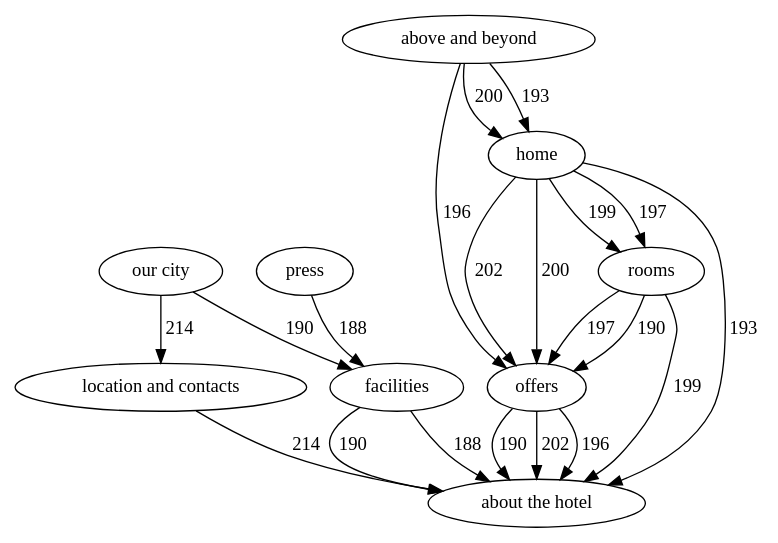
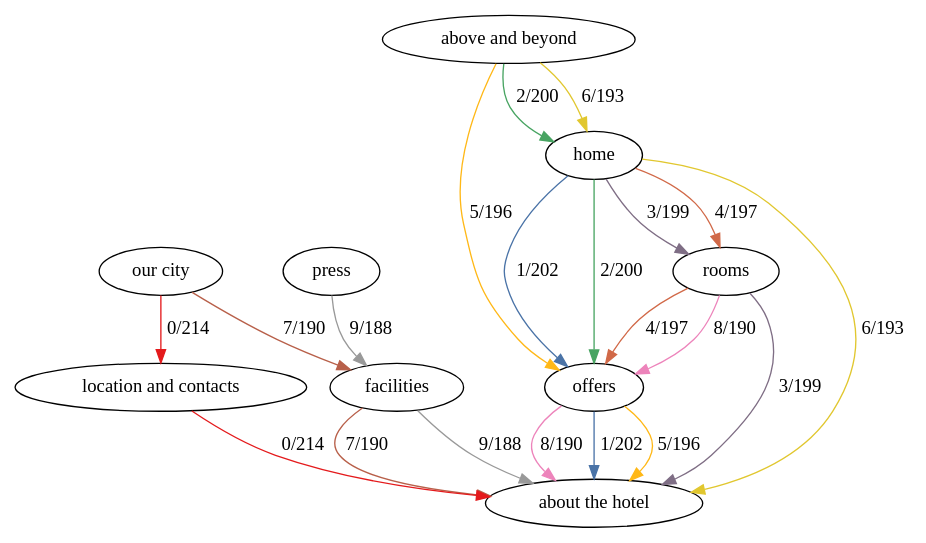
One commit to alexcu/sit742-a2-report changed the diagram in dot/bots_requests.dot. Above: the diagram before and after it, drawn with Graphviz. The commit also changed 32 other files, not shown here.

Commit message:
Update dot graphs for latest coloring

```diff
--- a/dot/bots_requests.dot
+++ b/dot/bots_requests.dot
@@ -1,32 +1,32 @@
 digraph "" {
 layout="dot";
 "about the hotel";
 "our city";
 facilities;
 offers;
 rooms;
 "above and beyond";
 press;
 home;
 "location and contacts";
-"our city" -> facilities  [key=0, label=190, weight=190];
-"our city" -> "location and contacts"  [key=0, label=214, weight=214];
-facilities -> "about the hotel"  [key=0, label=190, weight=190];
-facilities -> "about the hotel"  [key=1, label=188, weight=188];
-offers -> "about the hotel"  [key=0, label=202, weight=202];
-offers -> "about the hotel"  [key=1, label=196, weight=196];
-offers -> "about the hotel"  [key=2, label=190, weight=190];
-rooms -> offers  [key=0, label=197, weight=197];
-rooms -> offers  [key=1, label=190, weight=190];
-rooms -> "about the hotel"  [key=0, label=199, weight=199];
-"above and beyond" -> home  [key=0, label=200, weight=200];
-"above and beyond" -> home  [key=1, label=193, weight=193];
-"above and beyond" -> offers  [key=0, label=196, weight=196];
-press -> facilities  [key=0, label=188, weight=188];
-home -> offers  [key=0, label=202, weight=202];
-home -> offers  [key=1, label=200, weight=200];
-home -> rooms  [key=0, label=199, weight=199];
-home -> rooms  [key=1, label=197, weight=197];
-home -> "about the hotel"  [key=0, label=193, weight=193];
-"location and contacts" -> "about the hotel"  [key=0, label=214, weight=214];
+"our city" -> facilities  [color="#b8604a", key=0, label="7/190", weight=190];
+"our city" -> "location and contacts"  [color="#e41a1c", key=0, label="0/214", weight=214];
+facilities -> "about the hotel"  [color="#b8604a", key=0, label="7/190", weight=190];
+facilities -> "about the hotel"  [color="#999999", key=1, label="9/188", weight=188];
+offers -> "about the hotel"  [color="#4a73a7", key=0, label="1/202", weight=202];
+offers -> "about the hotel"  [color="#ffb817", key=1, label="5/196", weight=196];
+offers -> "about the hotel"  [color="#ed84bb", key=2, label="8/190", weight=190];
+rooms -> offers  [color="#d16948", key=0, label="4/197", weight=197];
+rooms -> offers  [color="#ed84bb", key=1, label="8/190", weight=190];
+rooms -> "about the hotel"  [color="#7f6e85", key=0, label="3/199", weight=199];
+"above and beyond" -> home  [color="#48a462", key=0, label="2/200", weight=200];
+"above and beyond" -> home  [color="#e1c72f", key=1, label="6/193", weight=193];
+"above and beyond" -> offers  [color="#ffb817", key=0, label="5/196", weight=196];
+press -> facilities  [color="#999999", key=0, label="9/188", weight=188];
+home -> offers  [color="#4a73a7", key=0, label="1/202", weight=202];
+home -> offers  [color="#48a462", key=1, label="2/200", weight=200];
+home -> rooms  [color="#7f6e85", key=0, label="3/199", weight=199];
+home -> rooms  [color="#d16948", key=1, label="4/197", weight=197];
+home -> "about the hotel"  [color="#e1c72f", key=0, label="6/193", weight=193];
+"location and contacts" -> "about the hotel"  [color="#e41a1c", key=0, label="0/214", weight=214];
 }
```
